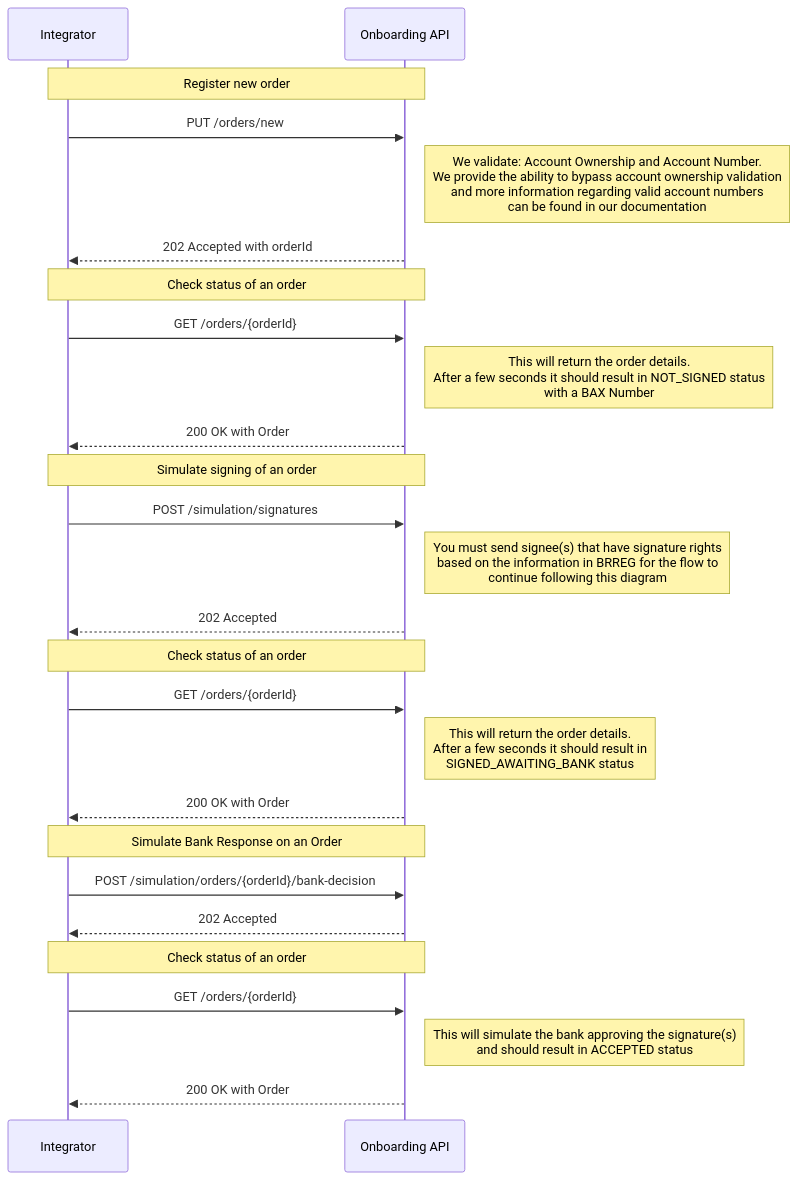
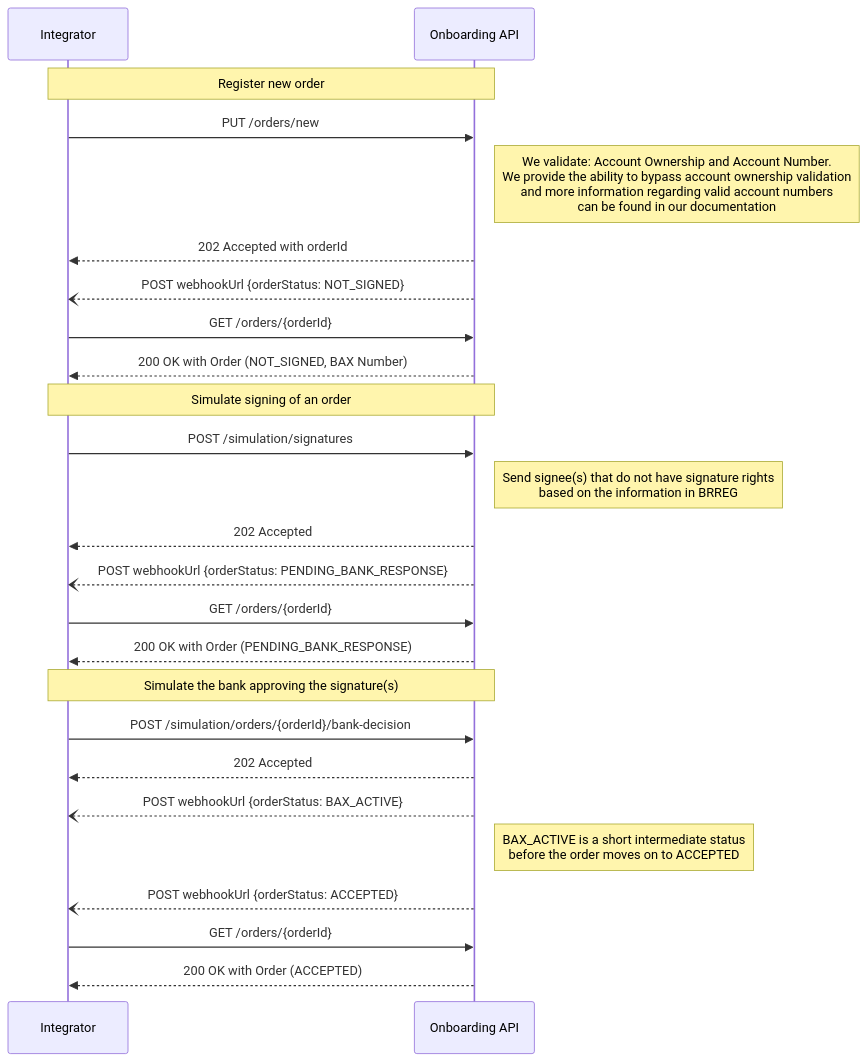
One commit to BankAxept/bankaxept-onboarding-external-documentation changed the second of 3 diagrams in docs/test_flows.md. Above: the diagram before and after it, drawn with Mermaid. The commit also changed other lines of this file and 6 other files, not shown here.

First line of the commit message:
Link from the introduction flowchart to the prod/test flows (#48)

````diff
--- a/docs/test_flows.md
+++ b/docs/test_flows.md
@@ -33,34 +36,33 @@
 ```mermaid
 sequenceDiagram
 participant I as Integrator
 participant O as Onboarding API
 
 note over I, O: Register new order
 I ->> O: PUT /orders/new
 note right of O: We validate: Account Ownership and Account Number. <br/> We provide the ability to bypass account ownership validation <br/> and more information regarding valid account numbers <br/> can be found in our documentation
 O -->> I: 202 Accepted with orderId
 
-note over I, O: Check status of an order
+O --) I: POST webhookUrl {orderStatus: NOT_SIGNED}
 I ->> O : GET /orders/{orderId}
-note right of O: This will return the order details. <br/> After a few seconds it should result in NOT_SIGNED status <br/> with a BAX Number
-O -->> I: 200 OK with Order
+O -->> I: 200 OK with Order (NOT_SIGNED, BAX Number)
 
 note over I, O: Simulate signing of an order
 I ->> O: POST /simulation/signatures
-note right of O: You must send signee(s) that have signature rights <br/> based on the information in BRREG for the flow to <br/> continue following this diagram
+note right of O: Send signee(s) that do not have signature rights <br/> based on the information in BRREG
 O -->> I: 202 Accepted
 
-note over I, O: Check status of an order
+O --) I: POST webhookUrl {orderStatus: PENDING_BANK_RESPONSE}
 I ->> O : GET /orders/{orderId}
-note right of O: This will return the order details. <br/> After a few seconds it should result in <br/> SIGNED_AWAITING_BANK status
-O -->> I: 200 OK with Order
+O -->> I: 200 OK with Order (PENDING_BANK_RESPONSE)
 
-note over I, O: Simulate Bank Response on an Order
+note over I, O: Simulate the bank approving the signature(s)
 I ->> O: POST /simulation/orders/{orderId}/bank-decision
 O -->> I: 202 Accepted
 
-note over I, O: Check status of an order
+O --) I: POST webhookUrl {orderStatus: BAX_ACTIVE}
+note right of O: BAX_ACTIVE is a short intermediate status <br/> before the order moves on to ACCEPTED
+O --) I: POST webhookUrl {orderStatus: ACCEPTED}
 I ->> O : GET /orders/{orderId}
-note right of O: This will simulate the bank approving the signature(s) <br/> and should result in ACCEPTED status
-O -->> I: 200 OK with Order
+O -->> I: 200 OK with Order (ACCEPTED)
 ```
````
